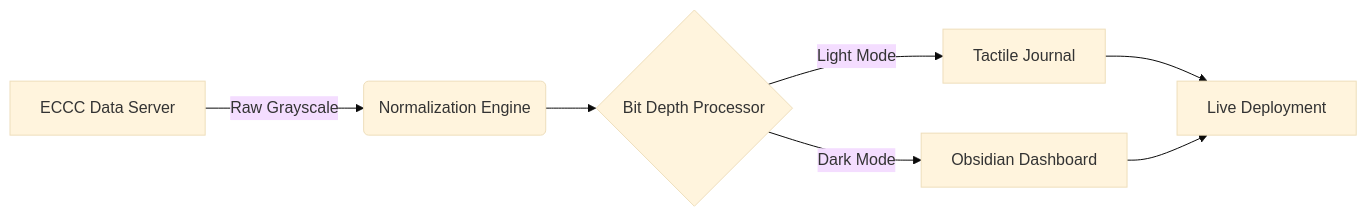
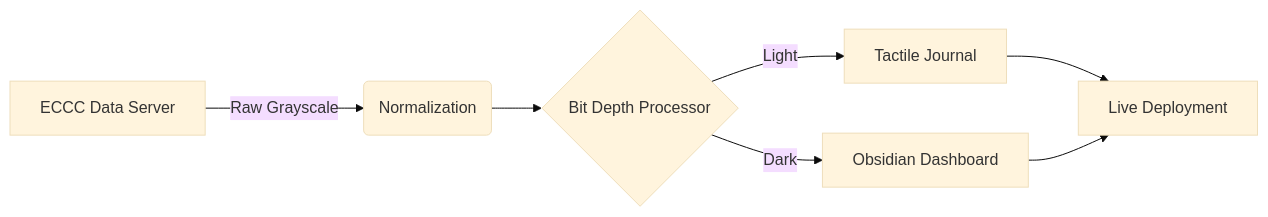
One commit to thaparSAAB14/AtmoLens changed the diagram in README.md. Above: the diagram before and after it, drawn with Mermaid (base theme). The commit also changed other lines of this file, not shown here.

````diff
--- a/README.md
+++ b/README.md
@@ -65,8 +25,8 @@
 ```mermaid
 graph LR
-    A[ECCC Data Server] -->|Raw Grayscale| B(Normalization Engine)
+    A[ECCC Data Server] -->|Raw Grayscale| B(Normalization)
     B --> C{Bit Depth Processor}
-    C -->|Light Mode| D[Tactile Journal]
-    C -->|Dark Mode| E[Obsidian Dashboard]
+    C -->|Light| D[Tactile Journal]
+    C -->|Dark| E[Obsidian Dashboard]
     D & E --> F[Live Deployment]
 ```
````
